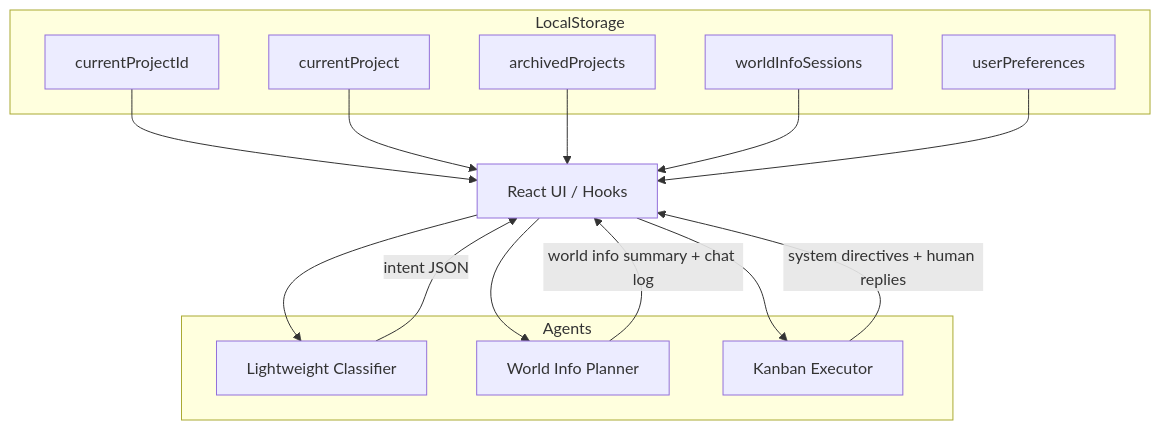
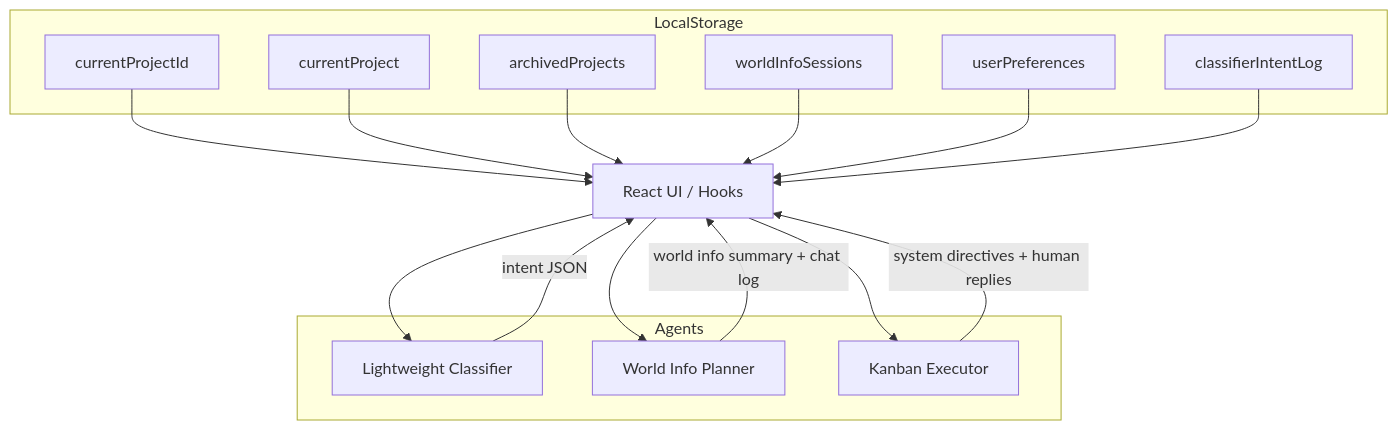
One commit to wenqiyuan0-netizen/aikanban changed the second of 2 diagrams in README.md. Above: the diagram before and after it, drawn with Mermaid. The commit also changed other lines of this file and 10 other files, not shown here.

Commit message:
Wire classifier gate and intent logging

````diff
--- a/README.md
+++ b/README.md
@@ -64,27 +66,29 @@
 ```mermaid
 flowchart TD
     subgraph LocalStorage
         A[currentProjectId]
         B[currentProject]
         C[archivedProjects]
         D[worldInfoSessions]
         E[userPreferences]
+        F[classifierIntentLog]
     end
     subgraph Agents
         L[Lightweight Classifier]
         W[World Info Planner]
         K[Kanban Executor]
     end
     UI[React UI / Hooks]
     A --> UI
     B --> UI
     C --> UI
     D --> UI
     E --> UI
+    F --> UI
     UI --> L
     L -->|intent JSON| UI
     UI --> W
     W -->|world info summary + chat log| UI
     UI --> K
     K -->|system directives + human replies| UI
 ```
````
